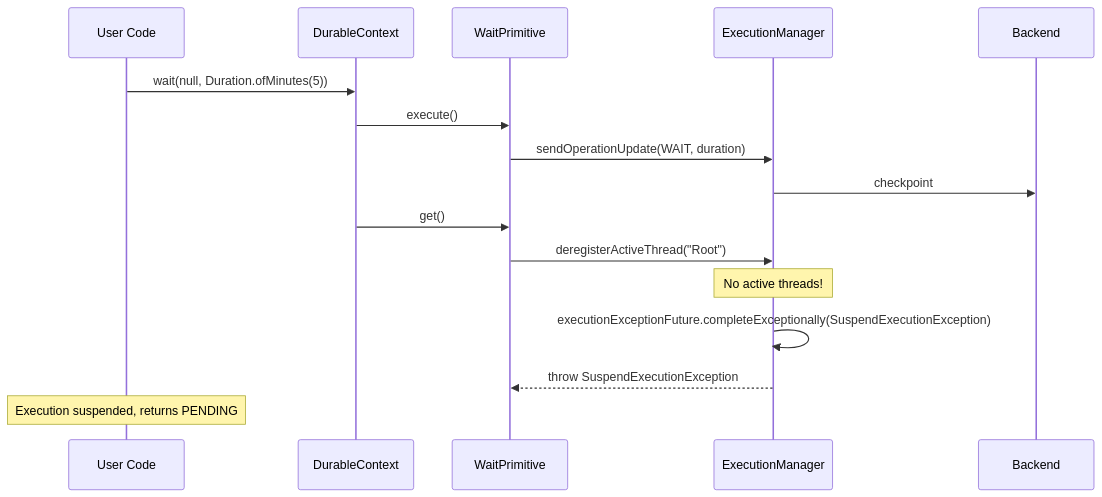
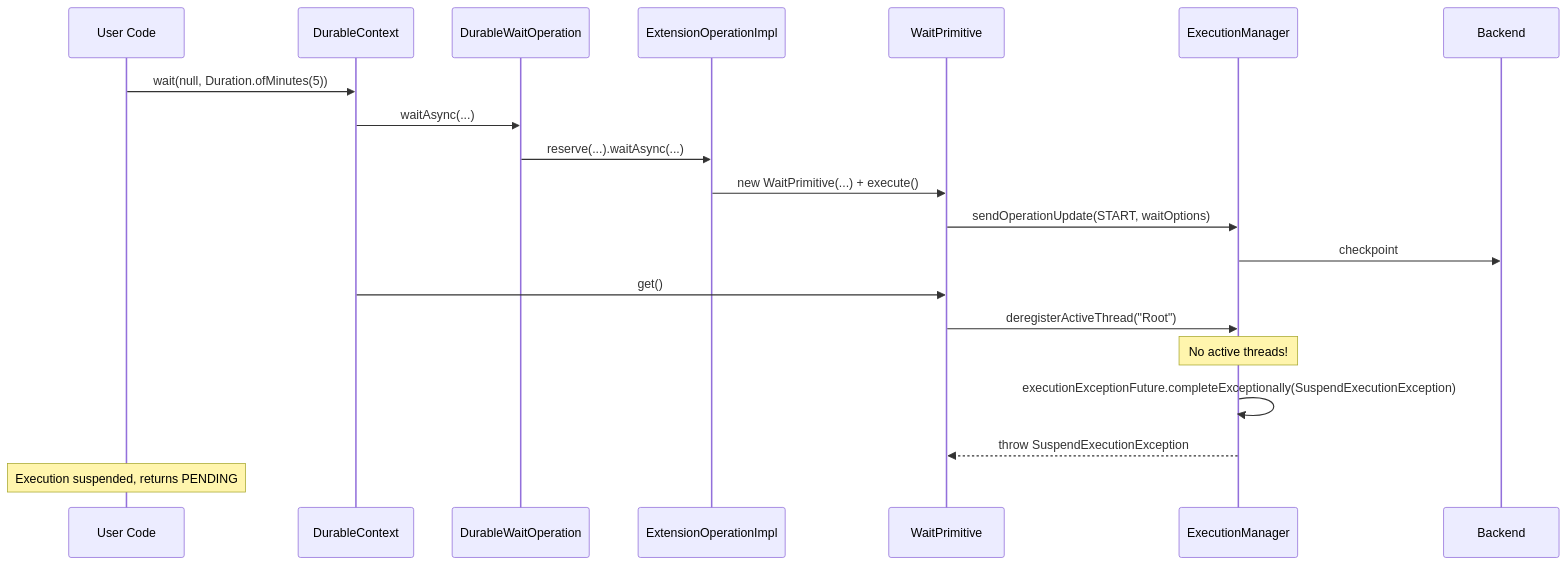
One commit to aws/aws-durable-execution-sdk-java changed the third of 3 diagrams in docs/design.md. Above: the diagram before and after it, drawn with Mermaid. The commit also changed other lines of this file and 64 other files, not shown here.

Commit message:
fix: preserve extension operation compatibility

````diff
--- a/docs/design.md
+++ b/docs/design.md
@@ -456,22 +471,26 @@
 ```mermaid
 sequenceDiagram
     participant UC as User Code
     participant DC as DurableContext
-    participant WO as WaitPrimitive
+    participant DWO as DurableWaitOperation
+    participant EO as ExtensionOperationImpl
+    participant WP as WaitPrimitive
     participant EM as ExecutionManager
     participant Backend
 
     UC->>DC: wait(null, Duration.ofMinutes(5))
-    DC->>WO: execute()
-    WO->>EM: sendOperationUpdate(WAIT, duration)
+    DC->>DWO: waitAsync(...)
+    DWO->>EO: reserve(...).waitAsync(...)
+    EO->>WP: new WaitPrimitive(...) + execute()
+    WP->>EM: sendOperationUpdate(START, waitOptions)
     EM->>Backend: checkpoint
     
-    DC->>WO: get()
-    WO->>EM: deregisterActiveThread("Root")
+    DC->>WP: get()
+    WP->>EM: deregisterActiveThread("Root")
     
     Note over EM: No active threads!
     EM->>EM: executionExceptionFuture.completeExceptionally(SuspendExecutionException)
-    EM-->>WO: throw SuspendExecutionException
+    EM-->>WP: throw SuspendExecutionException
     
     Note over UC: Execution suspended, returns PENDING
 ```
````
